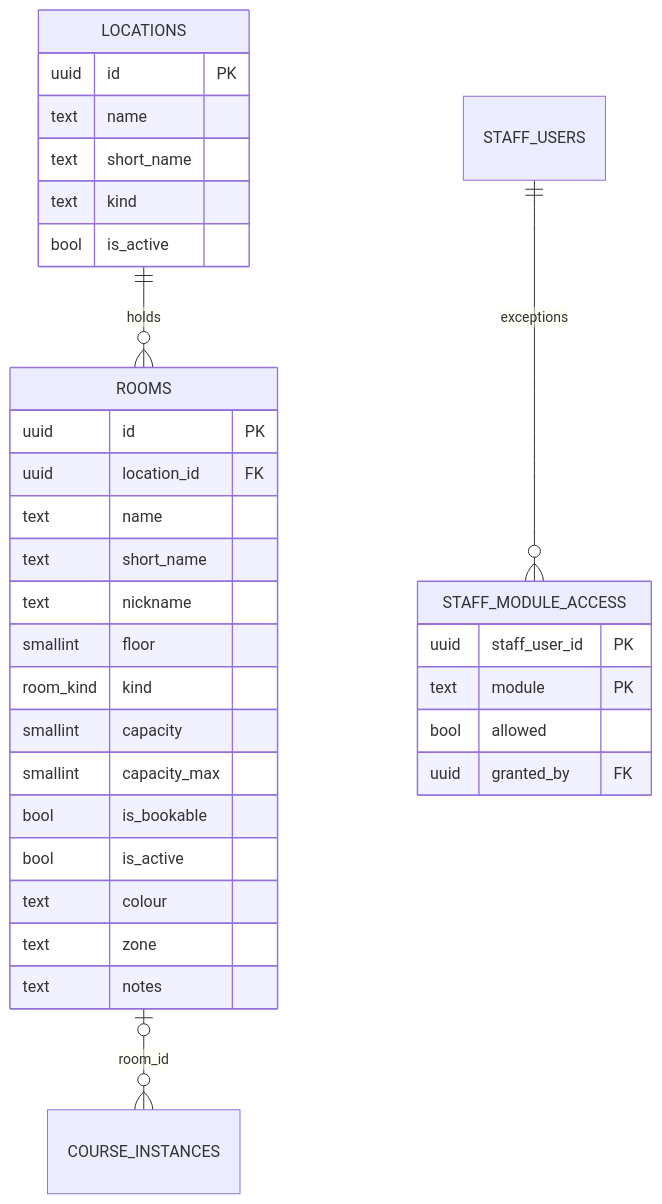
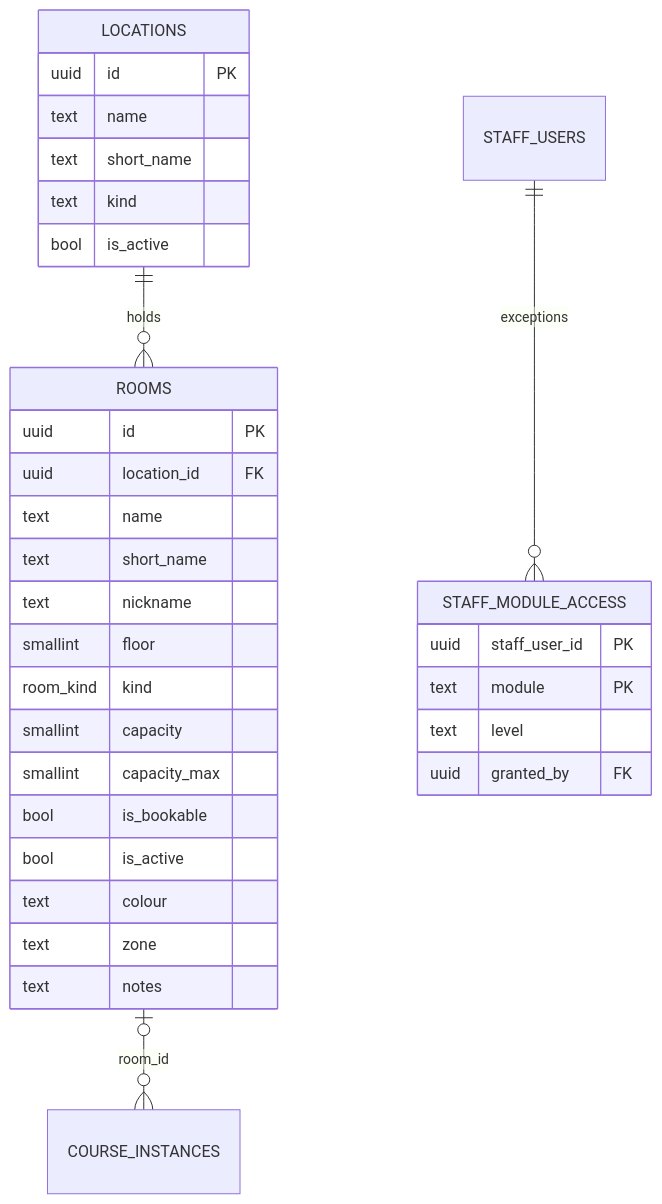
The third of 3 diagrams in docs/ERD.md (CASA-School/casa-website), drawn with Mermaid before and after one commit. The commit also changed other lines of this file and 31 other files, not shown here.

````diff
--- a/docs/ERD.md
+++ b/docs/ERD.md
@@ -283,38 +285,38 @@
 ```mermaid
 erDiagram
   LOCATIONS ||--o{ ROOMS : holds
   ROOMS o|--o{ COURSE_INSTANCES : room_id
   STAFF_USERS ||--o{ STAFF_MODULE_ACCESS : exceptions
 
   LOCATIONS {
     uuid id PK
     text name
     text short_name
     text kind
     bool is_active
   }
 
   ROOMS {
     uuid id PK
     uuid location_id FK
     text name
     text short_name
     text nickname
     smallint floor
     room_kind kind
     smallint capacity
     smallint capacity_max
     bool is_bookable
     bool is_active
     text colour
     text zone
     text notes
   }
 
   STAFF_MODULE_ACCESS {
     uuid staff_user_id PK
     text module PK
-    bool allowed
+    text level
     uuid granted_by FK
   }
 ```
````
